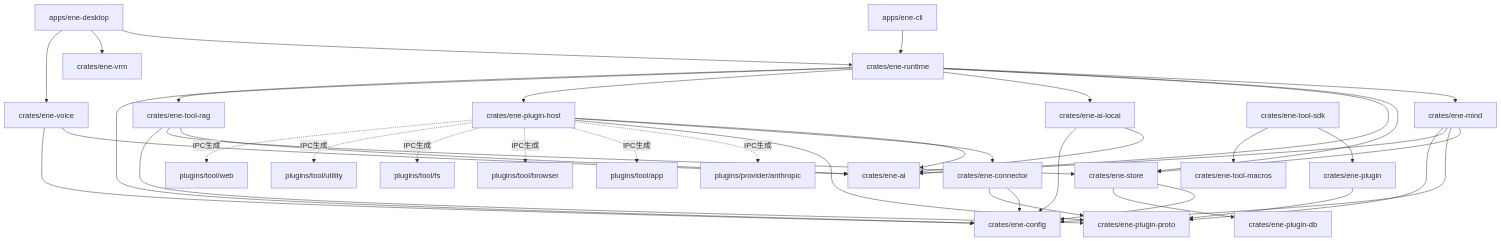
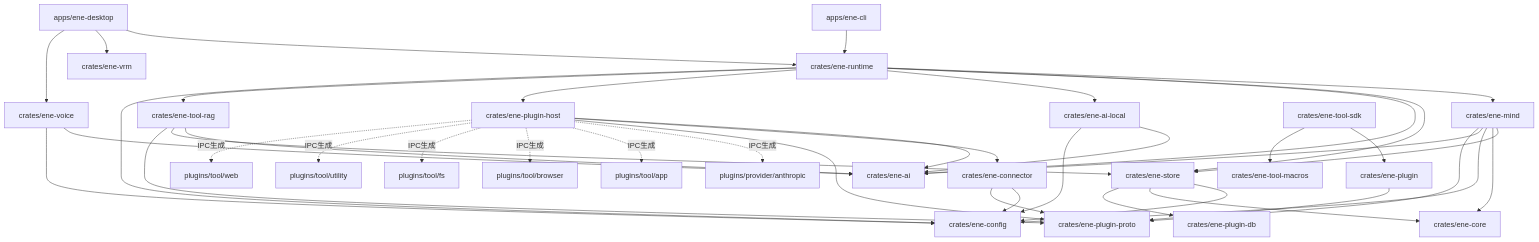
The diagram in docs/ja/architecture.md (pexisgle/ene), drawn with Mermaid before and after one commit. The commit also changed other lines of this file and 37 other files, not shown here.

First line of the commit message:
refactor(core): extract ene-core crate for domain types (#270)

````diff
--- a/docs/ja/architecture.md
+++ b/docs/ja/architecture.md
@@ -20,51 +21,53 @@
 ```mermaid
 flowchart TD
   Desktop[apps/ene-desktop] --> Runtime[crates/ene-runtime]
   Desktop --> Vrm[crates/ene-vrm]
   Desktop --> Voice[crates/ene-voice]
   CLI[apps/ene-cli] --> Runtime
 
   Runtime --> Mind[crates/ene-mind]
   Runtime --> Store[crates/ene-store]
   Runtime --> Ai[crates/ene-ai]
   Runtime --> AiLocal[crates/ene-ai-local]
   Runtime --> ToolHost[crates/ene-plugin-host]
   Runtime --> ToolRag[crates/ene-tool-rag]
   Runtime --> Config[crates/ene-config]
 
   Mind --> Store
+  Mind --> Core[crates/ene-core]
   Mind --> Config
   Mind --> Ai
   Mind --> Proto[crates/ene-plugin-proto]
 
   ToolHost --> Ai
   ToolHost --> Connector[crates/ene-connector]
   ToolHost --> Proto
 
   Connector --> Config
   Connector --> Proto
 
   AiLocal --> Ai
   AiLocal --> Config
 
   Voice --> Ai
   Voice --> Config
 
   ToolRag --> Ai
   ToolRag --> Store
   ToolRag --> Proto
 
   Store --> Config
+  Store --> Core
   Store --> PluginDb[crates/ene-plugin-db]
 
   Tool[crates/ene-plugin] --> Proto
   ToolSdk[crates/ene-tool-sdk] --> Tool
   ToolSdk --> Macros[crates/ene-tool-macros]
 
   ToolHost -.IPC生成.-> Anthropic[plugins/provider/anthropic]
   ToolHost -.IPC生成.-> ToolApp[plugins/tool/app]
   ToolHost -.IPC生成.-> ToolBrowser[plugins/tool/browser]
   ToolHost -.IPC生成.-> ToolFs[plugins/tool/fs]
   ToolHost -.IPC生成.-> ToolUtil[plugins/tool/utility]
   ToolHost -.IPC生成.-> ToolWeb[plugins/tool/web]
 ```
````
